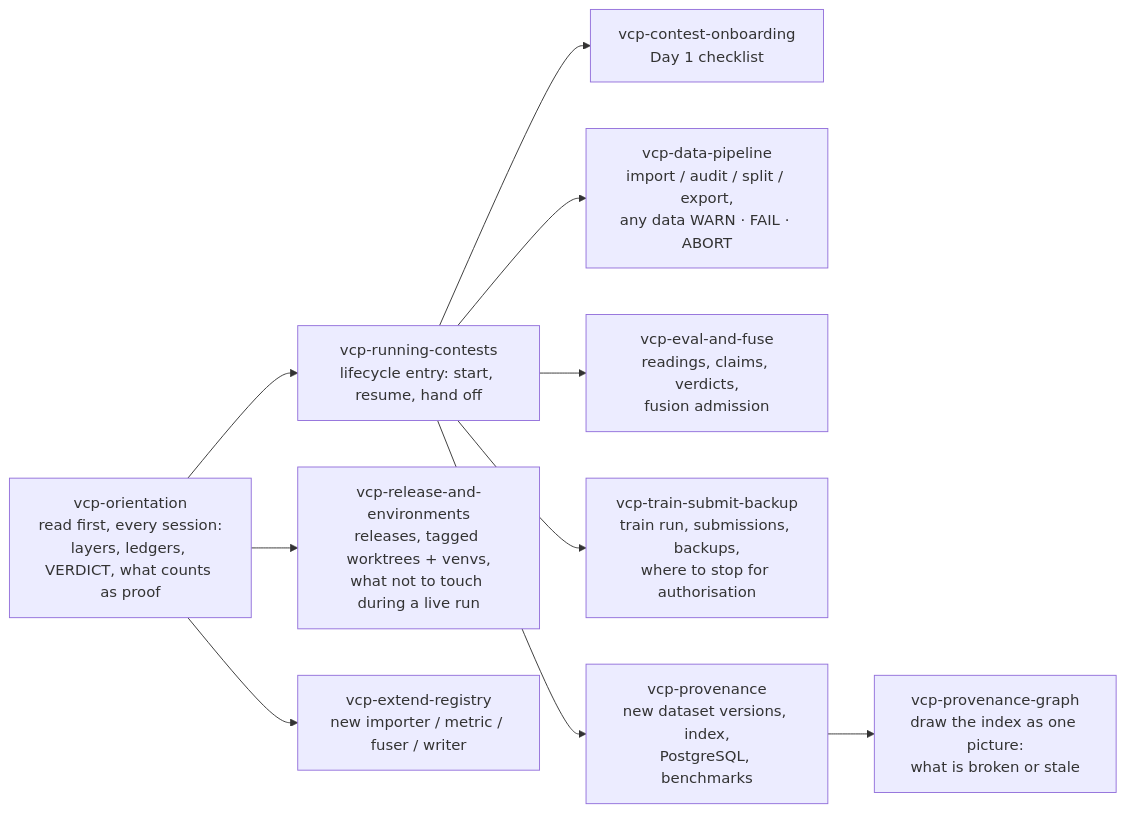
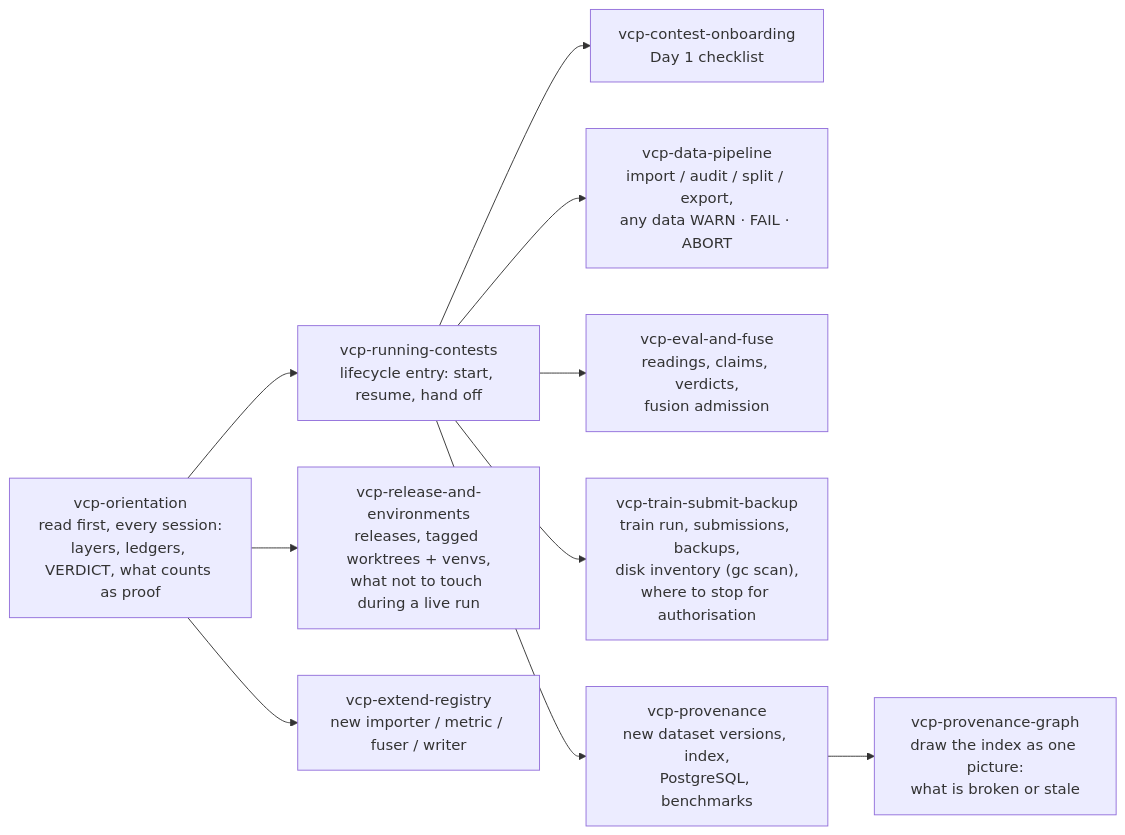
The diagram in docs/guides/AGENT_SKILLS.md (eric20041027/Vision-contest-pipeline), drawn with Mermaid before and after one commit. The commit also changed other lines of this file and 20 other files, not shown here.

````diff
--- a/docs/guides/AGENT_SKILLS.md
+++ b/docs/guides/AGENT_SKILLS.md
@@ -5,12 +5,12 @@
 ```mermaid
 flowchart LR
     O["vcp-orientation<br/>read first, every session:<br/>layers, ledgers, VERDICT, what counts as proof"] --> R["vcp-running-contests<br/>lifecycle entry: start, resume, hand off"]
     R --> S1["vcp-contest-onboarding<br/>Day 1 checklist"]
     R --> S2["vcp-data-pipeline<br/>import / audit / split / export,<br/>any data WARN · FAIL · ABORT"]
     R --> S3["vcp-eval-and-fuse<br/>readings, claims, verdicts,<br/>fusion admission"]
-    R --> S4["vcp-train-submit-backup<br/>train run, submissions, backups,<br/>where to stop for authorisation"]
+    R --> S4["vcp-train-submit-backup<br/>train run, submissions, backups,<br/>disk inventory (gc scan),<br/>where to stop for authorisation"]
     R --> S5["vcp-provenance<br/>new dataset versions, index,<br/>PostgreSQL, benchmarks"]
     S5 --> S8["vcp-provenance-graph<br/>draw the index as one picture:<br/>what is broken or stale"]
     O --> S6["vcp-release-and-environments<br/>releases, tagged worktrees + venvs,<br/>what not to touch during a live run"]
     O --> S7["vcp-extend-registry<br/>new importer / metric / fuser / writer"]
 ```
````
